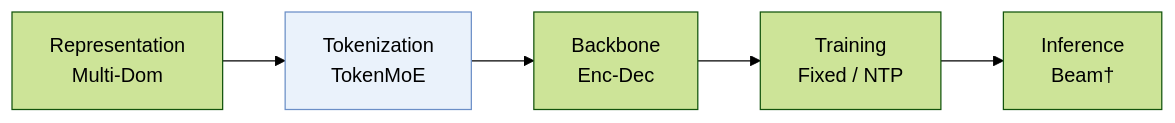
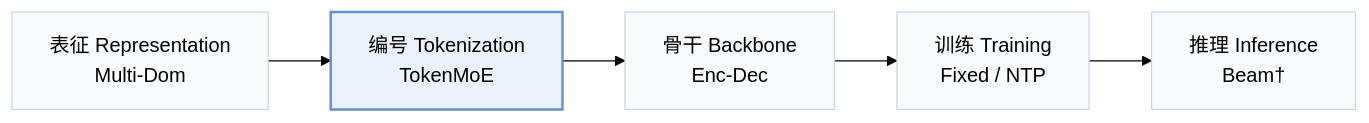
One commit to Galaxy-ghost/Awesome-SID-Generative-Rec changed the first of 2 diagrams in pages/zh/papers/unitok.md. Above: the diagram before and after it, drawn with Mermaid (forest theme). The commit also changed other lines of this file and 649 other files, not shown here.

Commit message:
writer-05: also tags and modality index (schema, check, build, visuals); summary field removed; calibration data for 12 papers

````diff
--- a/pages/zh/papers/unitok.md
+++ b/pages/zh/papers/unitok.md
@@ -13,6 +15,8 @@
 ```mermaid
 flowchart LR
-    R["Representation<br/>Multi-Dom"] --> T["Tokenization<br/>TokenMoE"] --> B["Backbone<br/>Enc-Dec"] --> TR["Training<br/>Fixed / NTP"] --> I["Inference<br/>Beam†"]
-    classDef main fill:#eaf2fb,stroke:#6b8fc7
+    R["表征 Representation<br/>Multi-Dom"] --> T["编号 Tokenization<br/>TokenMoE"] --> B["骨干 Backbone<br/>Enc-Dec"] --> TR["训练 Training<br/>Fixed / NTP"] --> I["推理 Inference<br/>Beam†"]
+    classDef base fill:#f8fafc,stroke:#cbd5e1
+    class R,T,B,TR,I base
+    classDef main fill:#eaf2fb,stroke:#6b8fc7,stroke-width:2px
     class T main
 ```
````
